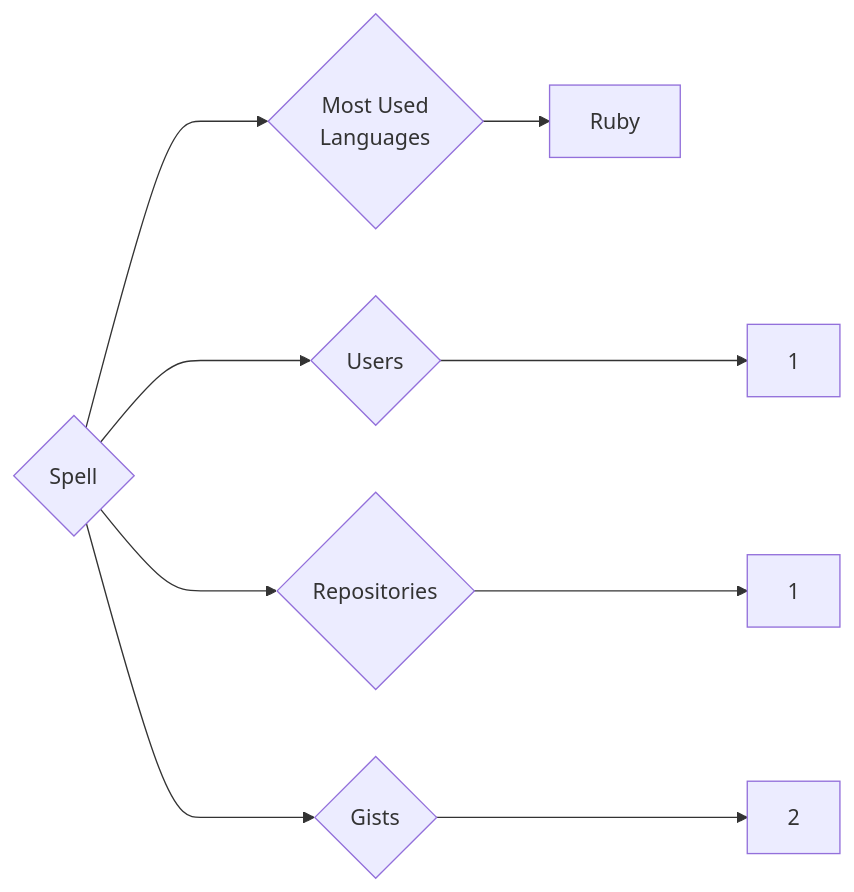
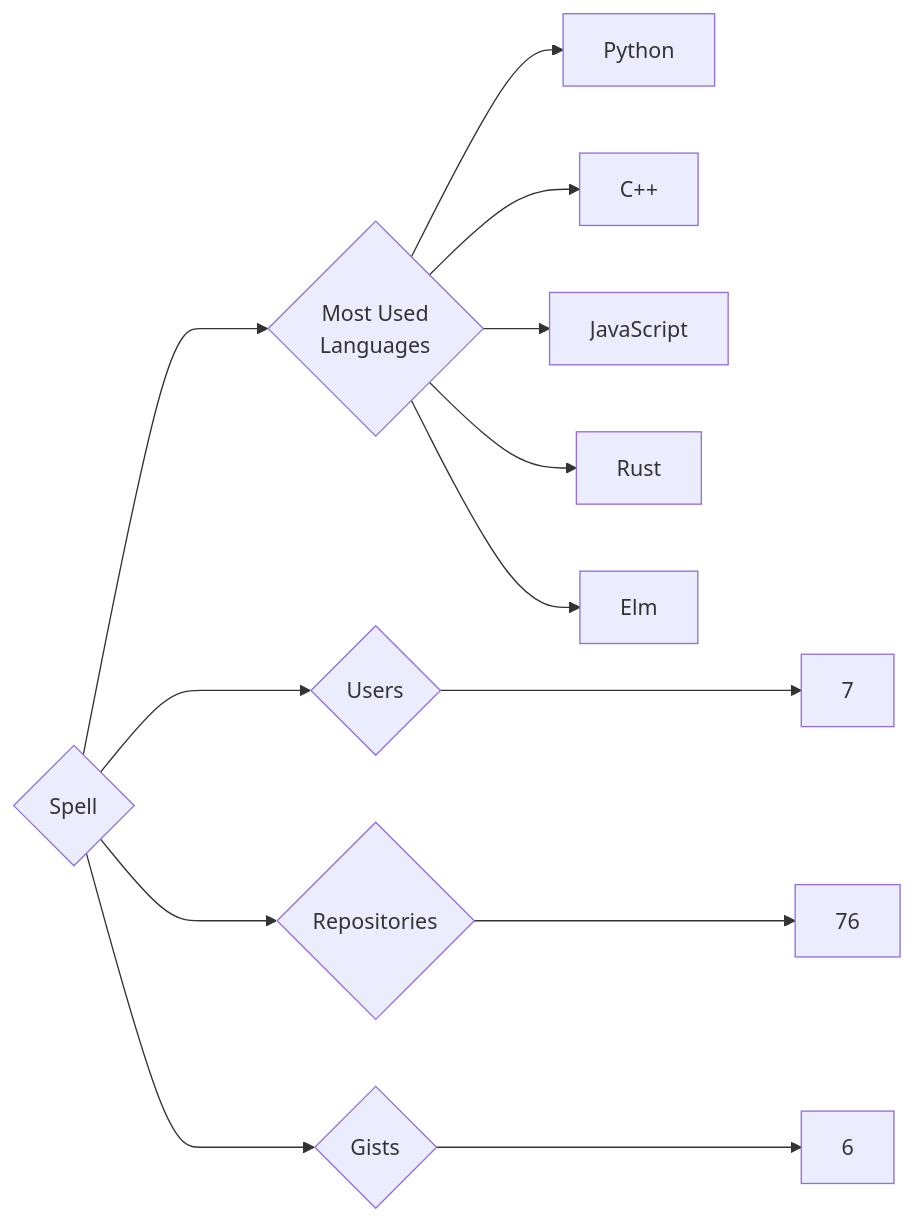
Before and after one commit to trickest/insiders: the diagram in targets/Spell/README.md, drawn with Mermaid. The commit also changed 1696 other files, not shown here.

````diff
--- a/targets/Spell/README.md
+++ b/targets/Spell/README.md
@@ -3,9 +3,13 @@
 ```mermaid
 graph LR
 COMPANY_NAME{Spell}
-COMPANY_NAME ---> U{Users} ---> UN[1]
-COMPANY_NAME ---> R{Repositories} ---> RN[1]
-COMPANY_NAME ---> G{Gists} ---> GN[2]
+COMPANY_NAME ---> U{Users} ---> UN[7]
+COMPANY_NAME ---> R{Repositories} ---> RN[76]
+COMPANY_NAME ---> G{Gists} ---> GN[6]
 COMPANY_NAME ---> ML{Most Used<br>Languages}
-ML --> Ruby[Ruby]
+ML --> Python[Python]
+ML --> C++[C++]
+ML --> JavaScript[JavaScript]
+ML --> Rust[Rust]
+ML --> Elm[Elm]
 ```
````
